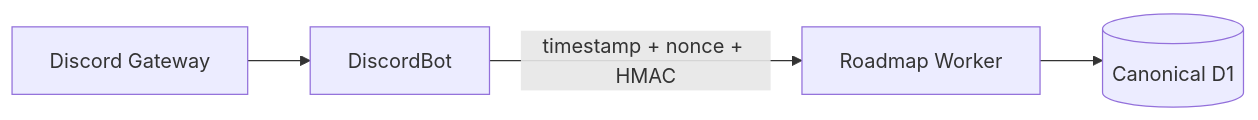
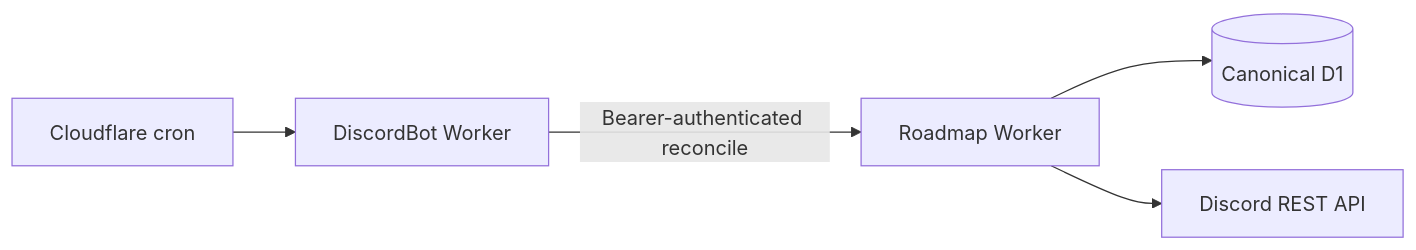
The diagram in docs/GATEWAY.md (SakuraCordApp/Roadmap), drawn with Mermaid before and after one commit. The commit also changed other lines of this file and 8 other files, not shown here.

````diff
--- a/docs/GATEWAY.md
+++ b/docs/GATEWAY.md
@@ -15,6 +16,7 @@
 ```mermaid
 flowchart LR
-  D["Discord Gateway"] --> B["DiscordBot"]
-  B -->|"timestamp + nonce + HMAC"| R["Roadmap Worker"]
+  C["Cloudflare cron"] --> B["DiscordBot Worker"]
+  B -->|"Bearer-authenticated reconcile"| R["Roadmap Worker"]
   R --> D1[("Canonical D1")]
+  R --> D["Discord REST API"]
 ```
````
